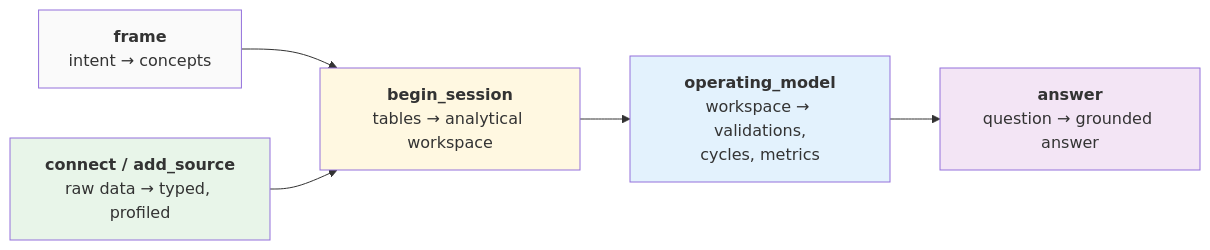
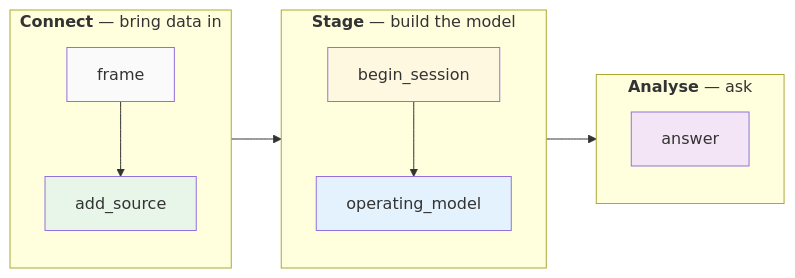
Before and after one commit to dataraum/dataraum: the diagram in docs/getting-started/overview.md, drawn with Mermaid. The commit also changed other lines of this file and 6 other files, not shown here.

First line of the commit message:
docs: phase-1 concept spine — operating-model and frame-ground-teach pages, journey in cockpit vocabulary

````diff
--- a/docs/getting-started/overview.md
+++ b/docs/getting-started/overview.md
@@ -47,19 +47,24 @@
 ```mermaid
 flowchart LR
-    F["<b>frame</b><br/>intent → concepts"]
-    A["<b>connect / add_source</b><br/>raw data → typed, profiled"]
-    B["<b>begin_session</b><br/>tables → analytical workspace"]
-    O["<b>operating_model</b><br/>workspace → validations,<br/>cycles, metrics"]
-    AN["<b>answer</b><br/>question → grounded answer"]
-
-    F --> B
-    A --> B
-    B --> O
-    O --> AN
-
+    subgraph C["<b>Connect</b> — bring data in"]
+        direction TB
+        F["frame"]
+        A["add_source"]
+        F --> A
+    end
+    subgraph S["<b>Stage</b> — build the model"]
+        direction TB
+        B["begin_session"]
+        O["operating_model"]
+        B --> O
+    end
+    subgraph AN["<b>Analyse</b> — ask"]
+        Q["answer"]
+    end
+    C --> S --> AN
     style F fill:#fafafa
     style A fill:#e8f5e9
     style B fill:#fff8e1
     style O fill:#e3f2fd
-    style AN fill:#f3e5f5
+    style Q fill:#f3e5f5
 ```
````
